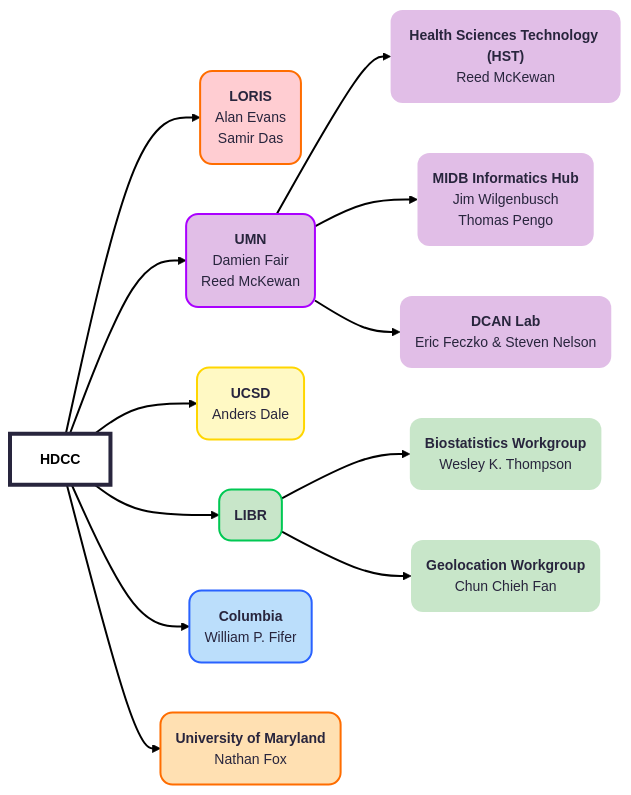
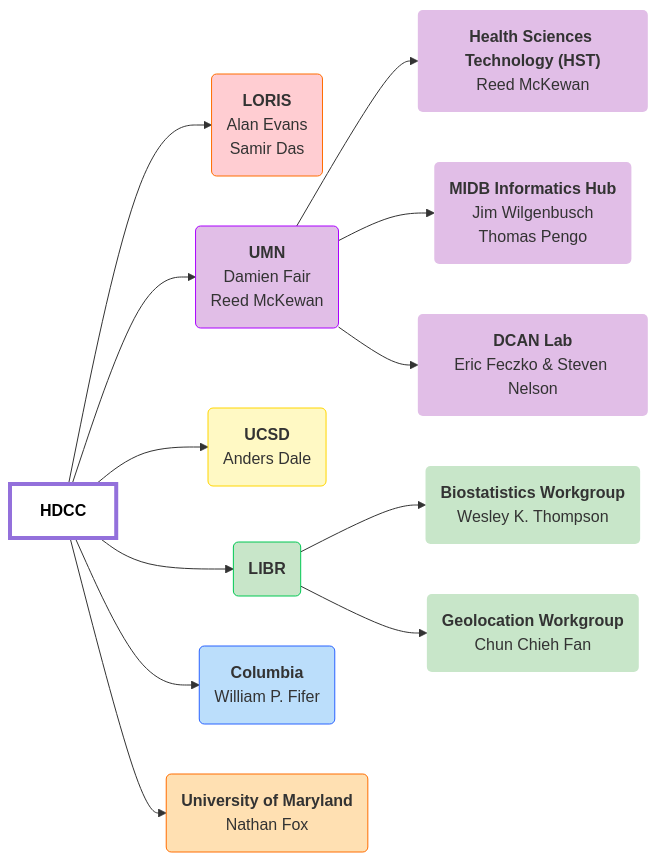
One commit to DCAN-Labs/hbcd-docs-internal changed the first of 2 diagrams in docs/orgcharts.md. Above: the diagram before and after it, drawn with Mermaid.

Commit message:
remove theme

````diff
--- a/docs/orgcharts.md
+++ b/docs/orgcharts.md
@@ -8,41 +8,40 @@
 ```mermaid
 ---
 config:
-  theme: redux
   layout: dagre
 ---
 flowchart LR
     A["<strong>HDCC</strong>"] --> E["<b>LORIS</b><br>Alan Evans<br>Samir Das"] & F["<b>UMN</b><br>Damien Fair<br>Reed McKewan"] & G["<b>UCSD</b><br>Anders Dale"] & H["<b>LIBR</b><br>"] & n1["<b>Columbia</b><br>William P. Fifer"] & n16["<b>University of Maryland</b><br>Nathan Fox"]
     F --> n6["<b>Health Sciences Technology (HST)</b><br>Reed McKewan"] & n7["<b>MIDB Informatics Hub</b><br>Jim Wilgenbusch<br>Thomas Pengo"] & n8["<b>DCAN Lab</b><br>Eric Feczko &amp; Steven Nelson"]
     H --> n14["<b>Biostatistics Workgroup</b><br>Wesley K. Thompson"] & n15["<b>Geolocation Workgroup</b><br>Chun Chieh Fan"]
     A@{ shape: rect}
     E@{ shape: rounded}
     F@{ shape: rounded}
     G@{ shape: rounded}
     H@{ shape: rounded}
     n1@{ shape: rounded}
     n16@{ shape: rounded}
     n6@{ shape: rounded}
     n7@{ shape: rounded}
     n8@{ shape: rounded}
     n14@{ shape: rounded}
     n15@{ shape: rounded}
     style A fill:transparent,color:#000000,stroke-width:4px,stroke-dasharray: 0
     style E fill:#FFCDD2,stroke:#FF6D00
     style F fill:#E1BEE7,stroke:#AA00FF
     style G fill:#FFF9C4,stroke:#FFD600
     style H fill:#C8E6C9,stroke:#00C853
     style n1 fill:#BBDEFB,stroke:#2962FF
     style n16 fill:#FFE0B2,stroke:#FF6D00
     style n6 fill:#E1BEE7,stroke:none
     style n7 fill:#E1BEE7,stroke:none
     style n8 fill:#E1BEE7,stroke:none
     style n14 fill:#C8E6C9,stroke:none
     style n15 fill:#C8E6C9,stroke:none
     click E "#loris"
     click F "#university-of-minnesota-umn"
     click G "#ucsd"
     click H "#libr"
     click n1 "#columbia"
     click n16 "#university-of-maryland"
 ```
````
